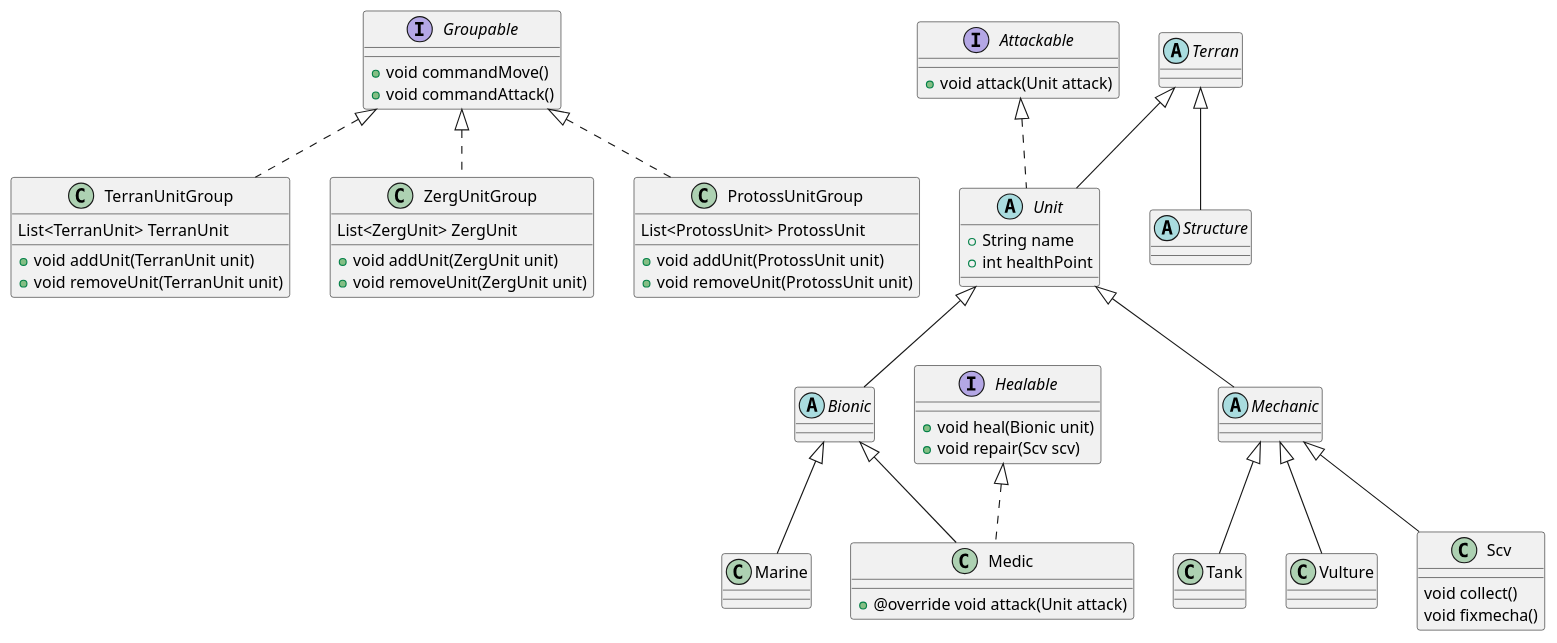
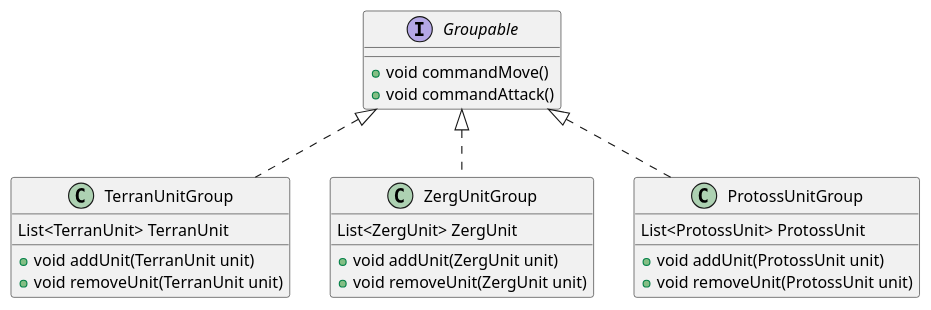
The diagram in lib/2025-03-20/exercise_7.puml (seonho99/modu-3-dart-study), drawn with PlantUML before and after one commit. The commit also changed other lines of this file and 3 other files, not shown here.

```diff
--- a/lib/2025-03-20/exercise_7.puml
+++ b/lib/2025-03-20/exercise_7.puml
@@ -1,74 +1,21 @@
 @startuml
 interface Groupable {
  + void commandMove()
  + void commandAttack()
 }
 class TerranUnitGroup implements Groupable {
 List<TerranUnit> TerranUnit
 + void addUnit(TerranUnit unit)
 + void removeUnit(TerranUnit unit)
 }
 class ZergUnitGroup implements Groupable {
 List<ZergUnit> ZergUnit
 + void addUnit(ZergUnit unit)
 + void removeUnit(ZergUnit unit)
 }
 class ProtossUnitGroup implements Groupable {
 List<ProtossUnit> ProtossUnit
 + void addUnit(ProtossUnit unit)
 + void removeUnit(ProtossUnit unit)
 }
-
-
-abstract class Terran {
-}
-
-abstract class Unit extends Terran implements Attackable {
-
-    + String name
-    + int healthPoint
-
-}
-
-interface Attackable {
-  + void attack(Unit attack)
-}
-
-abstract class Structure extends Terran{
-}
-
-abstract class Bionic extends Unit {
-
-}
-
-abstract class Mechanic extends Unit {
-}
-
-class Marine extends Bionic {
-
-}
-
-class Medic extends Bionic implements Healable {
-    + @override void attack(Unit attack)
-
-}
-
-interface Healable {
-    + void heal(Bionic unit)
-    + void repair(Scv scv)
-}
-
-class Tank extends Mechanic {
-
-}
-
-class Vulture extends Mechanic {
-
-}
-
-class Scv extends Mechanic {
-    void collect()
-    void fixmecha()
-}
-
 @enduml
```
